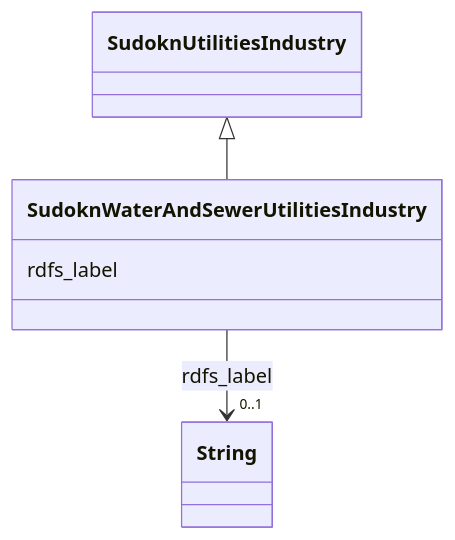
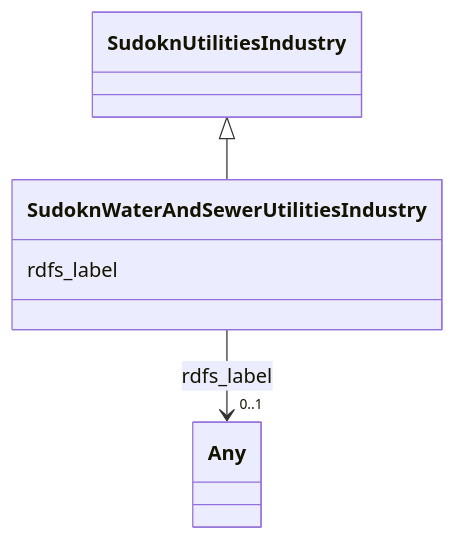
The diagram in sudokn-kg/classes/SudoknWaterAndSewerUtilitiesIndustry.md (frink-okn/graph-descriptions), drawn with Mermaid before and after one commit. The commit also changed other lines of this file and 903 other files, not shown here.

````diff
--- a/sudokn-kg/classes/SudoknWaterAndSewerUtilitiesIndustry.md
+++ b/sudokn-kg/classes/SudoknWaterAndSewerUtilitiesIndustry.md
@@ -23,18 +16,18 @@
 ```mermaid
  classDiagram
     class SudoknWaterAndSewerUtilitiesIndustry
     click SudoknWaterAndSewerUtilitiesIndustry href "../SudoknWaterAndSewerUtilitiesIndustry"
       SudoknUtilitiesIndustry <|-- SudoknWaterAndSewerUtilitiesIndustry
         click SudoknUtilitiesIndustry href "../SudoknUtilitiesIndustry"
       
       SudoknWaterAndSewerUtilitiesIndustry : rdfs_label
         
           
     
     
-    SudoknWaterAndSewerUtilitiesIndustry --> "0..1" String : rdfs_label
-    click String href "../String"
+    SudoknWaterAndSewerUtilitiesIndustry --> "0..1" Any : rdfs_label
+    click Any href "../Any"
 
         
       
 ```
````
